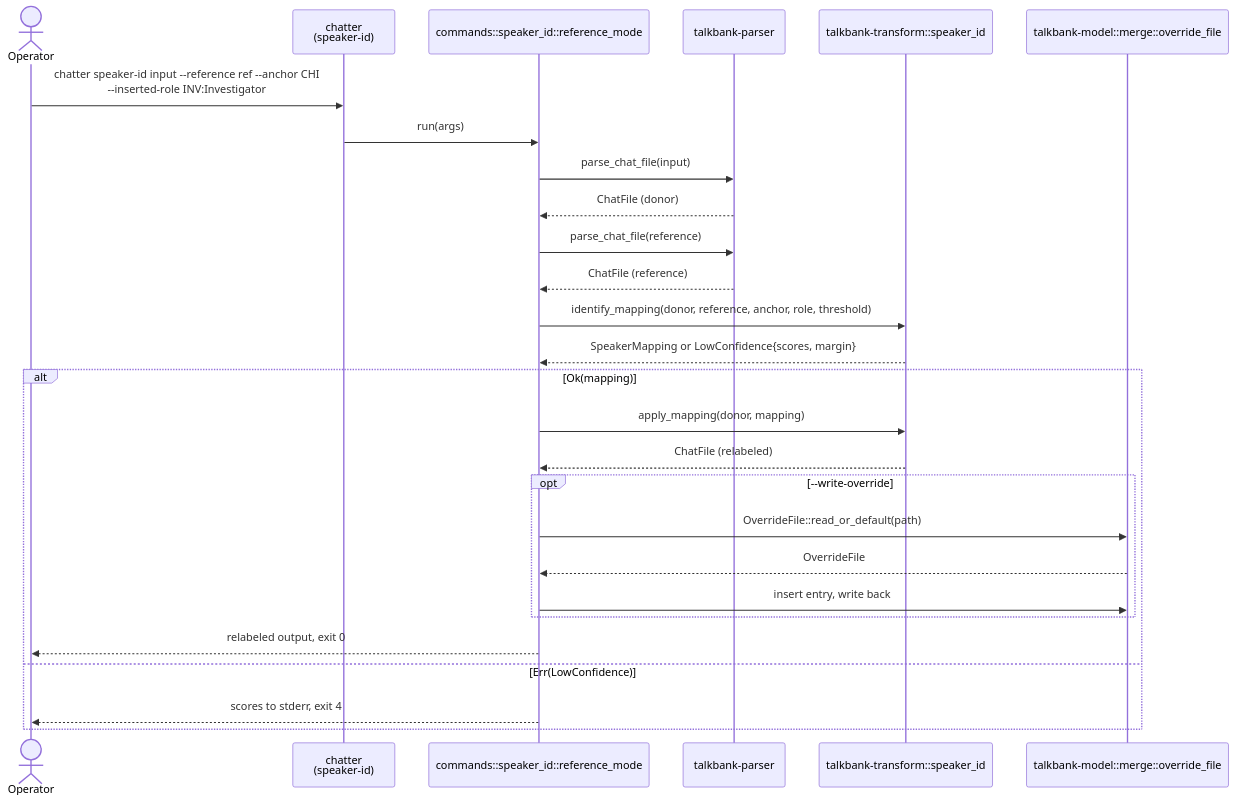
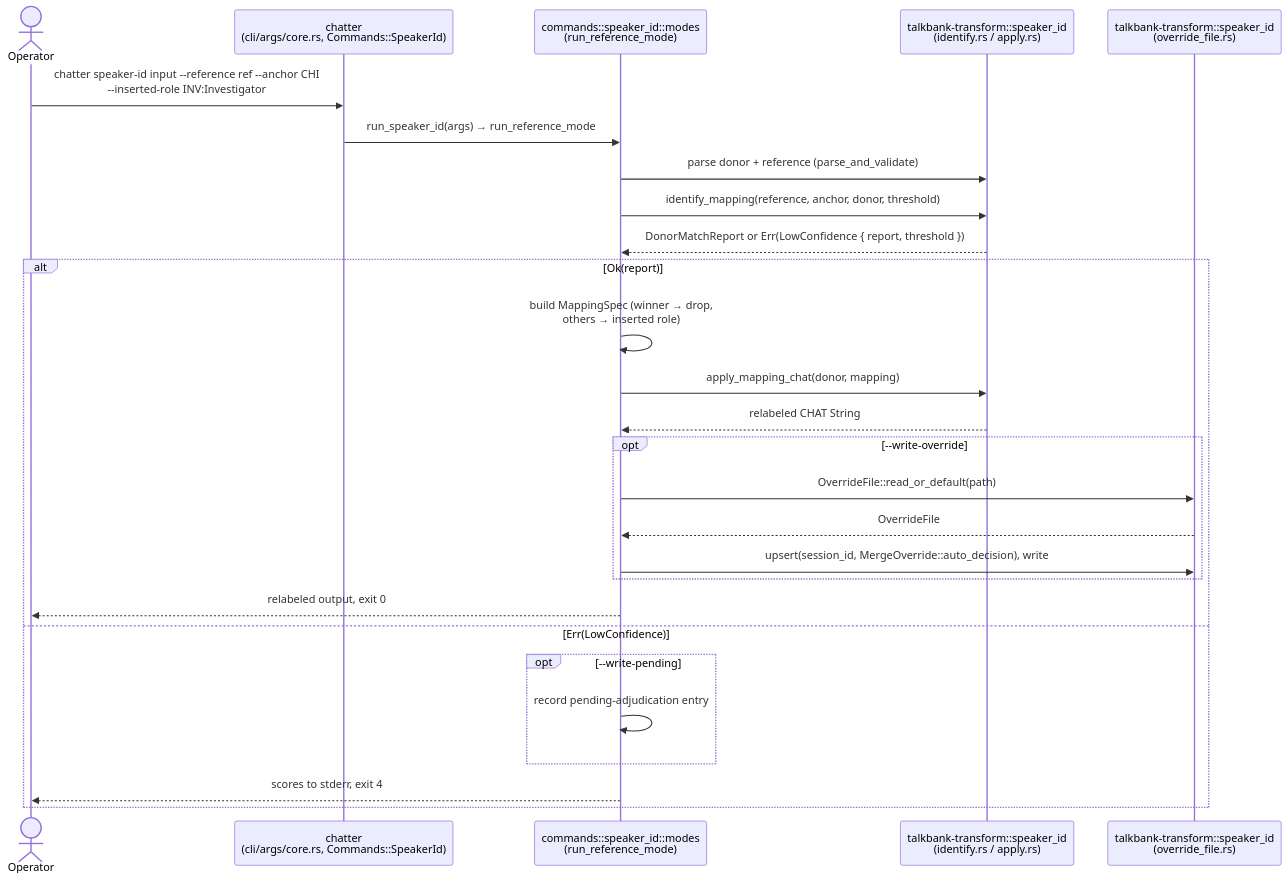
The third of 4 diagrams in book/src/architecture/merge-architecture.md (TalkBank/chatter), drawn with Mermaid before and after one commit. The commit also changed other lines of this file and 4 other files, not shown here.

First line of the commit message:
docs(architecture): reconcile merge pages with the shipped v2 schema

````diff
--- a/book/src/architecture/merge-architecture.md
+++ b/book/src/architecture/merge-architecture.md
@@ -309,30 +280,30 @@
 ```mermaid
 sequenceDiagram
     actor Operator
-    participant CLI as chatter<br/>(speaker-id)
-    participant Runner as commands::speaker_id::reference_mode
-    participant Parser as talkbank-parser
-    participant SpkId as talkbank-transform::speaker_id
-    participant Override as talkbank-model::merge::override_file
+    participant CLI as chatter<br/>(cli/args/core.rs, Commands::SpeakerId)
+    participant Runner as commands::speaker_id::modes<br/>(run_reference_mode)
+    participant SpkId as talkbank-transform::speaker_id<br/>(identify.rs / apply.rs)
+    participant Override as talkbank-transform::speaker_id<br/>(override_file.rs)
 
     Operator->>CLI: chatter speaker-id input --reference ref --anchor CHI<br/>--inserted-role INV:Investigator
-    CLI->>Runner: run(args)
-    Runner->>Parser: parse_chat_file(input)
-    Parser-->>Runner: ChatFile (donor)
-    Runner->>Parser: parse_chat_file(reference)
-    Parser-->>Runner: ChatFile (reference)
-    Runner->>SpkId: identify_mapping(donor, reference, anchor, role, threshold)
-    SpkId-->>Runner: SpeakerMapping or LowConfidence{scores, margin}
-    alt Ok(mapping)
-        Runner->>SpkId: apply_mapping(donor, mapping)
-        SpkId-->>Runner: ChatFile (relabeled)
+    CLI->>Runner: run_speaker_id(args) → run_reference_mode
+    Runner->>SpkId: parse donor + reference (parse_and_validate)
+    Runner->>SpkId: identify_mapping(reference, anchor, donor, threshold)
+    SpkId-->>Runner: DonorMatchReport or Err(LowConfidence { report, threshold })
+    alt Ok(report)
+        Runner->>Runner: build MappingSpec (winner → drop,<br/>others → inserted role)
+        Runner->>SpkId: apply_mapping_chat(donor, mapping)
+        SpkId-->>Runner: relabeled CHAT String
         opt --write-override
             Runner->>Override: OverrideFile::read_or_default(path)
             Override-->>Runner: OverrideFile
-            Runner->>Override: insert entry, write back
+            Runner->>Override: upsert(session_id, MergeOverride::auto_decision), write
         end
         Runner-->>Operator: relabeled output, exit 0
     else Err(LowConfidence)
+        opt --write-pending
+            Runner->>Runner: record pending-adjudication entry
+        end
         Runner-->>Operator: scores to stderr, exit 4
     end
 ```
````
